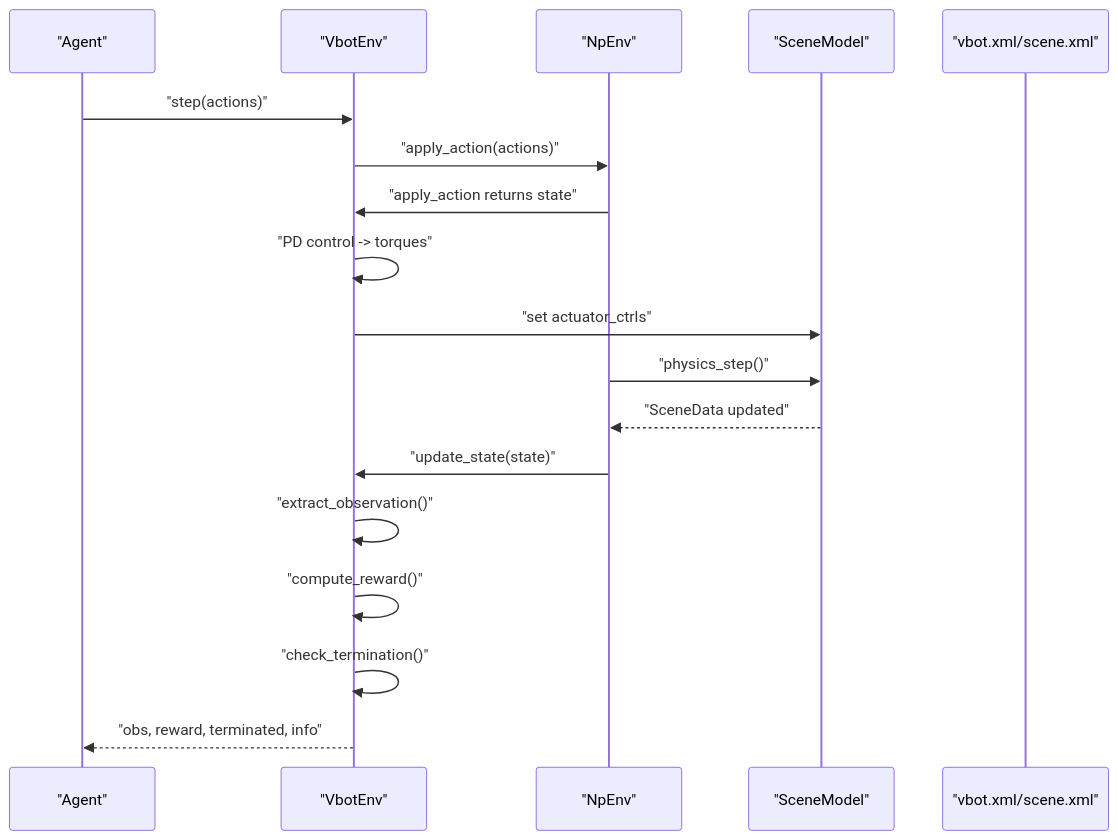
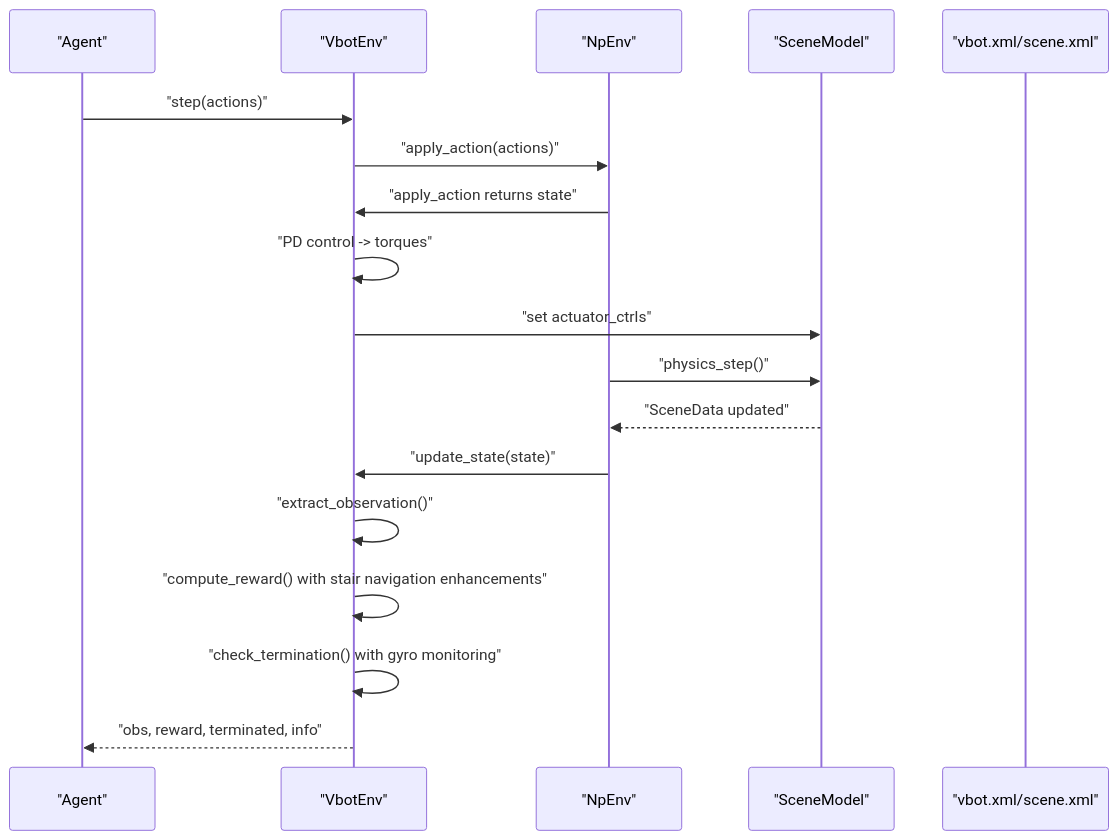
Before and after one commit to jayjayhust/MotrixLab: the second of 4 diagrams in .qoder/repowiki/en/content/Navigation Environments/VBot Navigation/VBot Base Environment.md, drawn with Mermaid. The commit also changed other lines of this file and 15 other files, not shown here.

````diff
--- a/.qoder/repowiki/en/content/Navigation Environments/VBot Navigation/VBot Base Environment.md
+++ b/.qoder/repowiki/en/content/Navigation Environments/VBot Navigation/VBot Base Environment.md
@@ -121,20 +183,20 @@
 ```mermaid
 sequenceDiagram
 participant Agent as "Agent"
 participant Env as "VbotEnv"
 participant Base as "NpEnv"
 participant Model as "SceneModel"
 participant XML as "vbot.xml/scene.xml"
 Agent->>Env : "step(actions)"
 Env->>Base : "apply_action(actions)"
 Base->>Env : "apply_action returns state"
 Env->>Env : "PD control -> torques"
 Env->>Model : "set actuator_ctrls"
 Base->>Model : "physics_step()"
 Model-->>Base : "SceneData updated"
 Base->>Env : "update_state(state)"
 Env->>Env : "extract_observation()"
-Env->>Env : "compute_reward()"
-Env->>Env : "check_termination()"
+Env->>Env : "compute_reward() with stair navigation enhancements"
+Env->>Env : "check_termination() with gyro monitoring"
 Env-->>Agent : "obs, reward, terminated, info"
 ```
````
